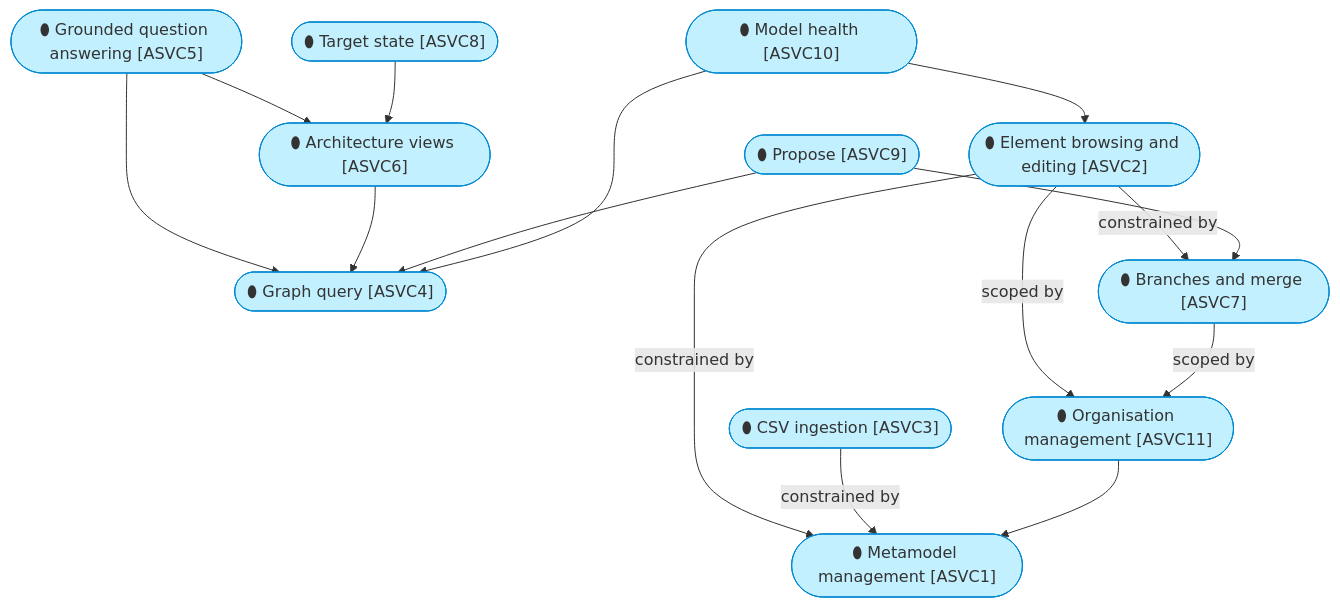
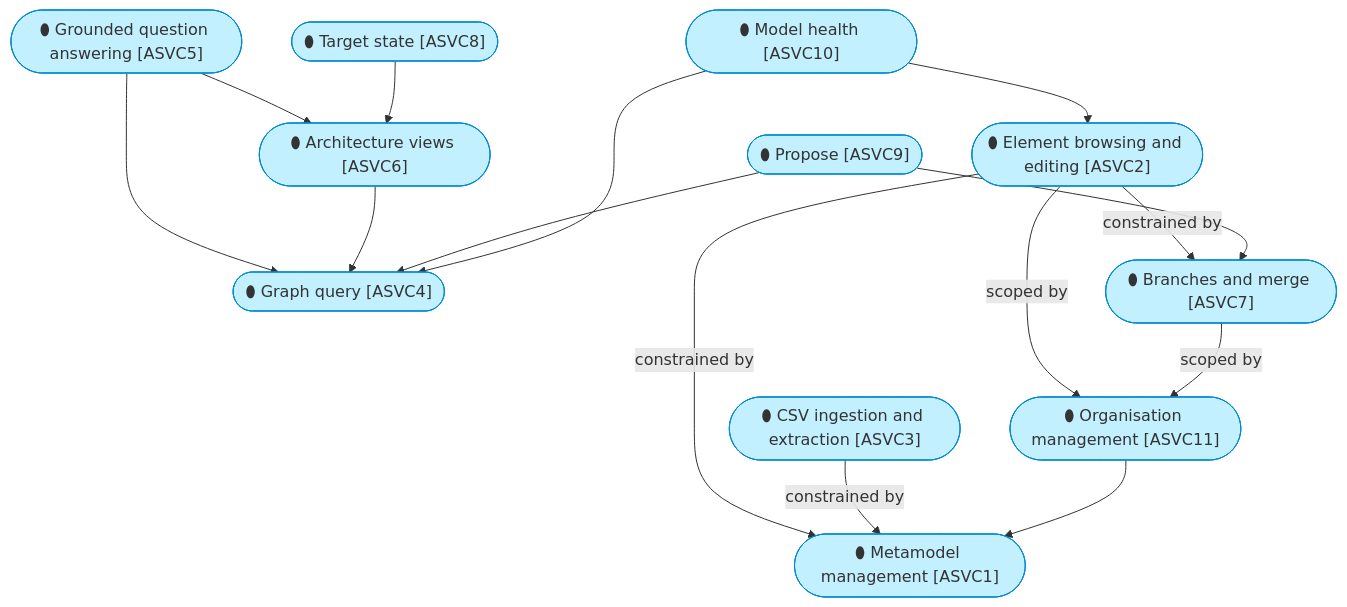
Before and after one commit to roanboc/dbx-enterprise-architecture: the third of 4 diagrams in architecture/4_application/1_application-services.md, drawn with Mermaid. The commit also changed other lines of this file and 17 other files, not shown here.

````diff
--- a/architecture/4_application/1_application-services.md
+++ b/architecture/4_application/1_application-services.md
@@ -78,30 +78,30 @@
 ```mermaid
 flowchart TB
   s1(["⬮ Metamodel management [ASVC1]"]):::application
   s2(["⬮ Element browsing and editing [ASVC2]"]):::application
-  s3(["⬮ CSV ingestion [ASVC3]"]):::application
+  s3(["⬮ CSV ingestion and extraction [ASVC3]"]):::application
   s4(["⬮ Graph query [ASVC4]"]):::application
   s5(["⬮ Grounded question answering [ASVC5]"]):::application
   s6(["⬮ Architecture views [ASVC6]"]):::application
   s7(["⬮ Branches and merge [ASVC7]"]):::application
   s8(["⬮ Target state [ASVC8]"]):::application
   s9(["⬮ Propose [ASVC9]"]):::application
   s10(["⬮ Model health [ASVC10]"]):::application
   s11(["⬮ Organisation management [ASVC11]"]):::application
   s2 -->|constrained by| s1
   s3 -->|constrained by| s1
   s2 -->|constrained by| s7
   s5 --> s4
   s5 --> s6
   s6 --> s4
   s8 --> s6
   s9 --> s7
   s9 --> s4
   s10 --> s4
   s10 --> s2
   s11 --> s1
   s2 -->|scoped by| s11
   s7 -->|scoped by| s11
 
   classDef application fill:#c2f0ff,stroke:#0288d1,color:#333
 ```
````
